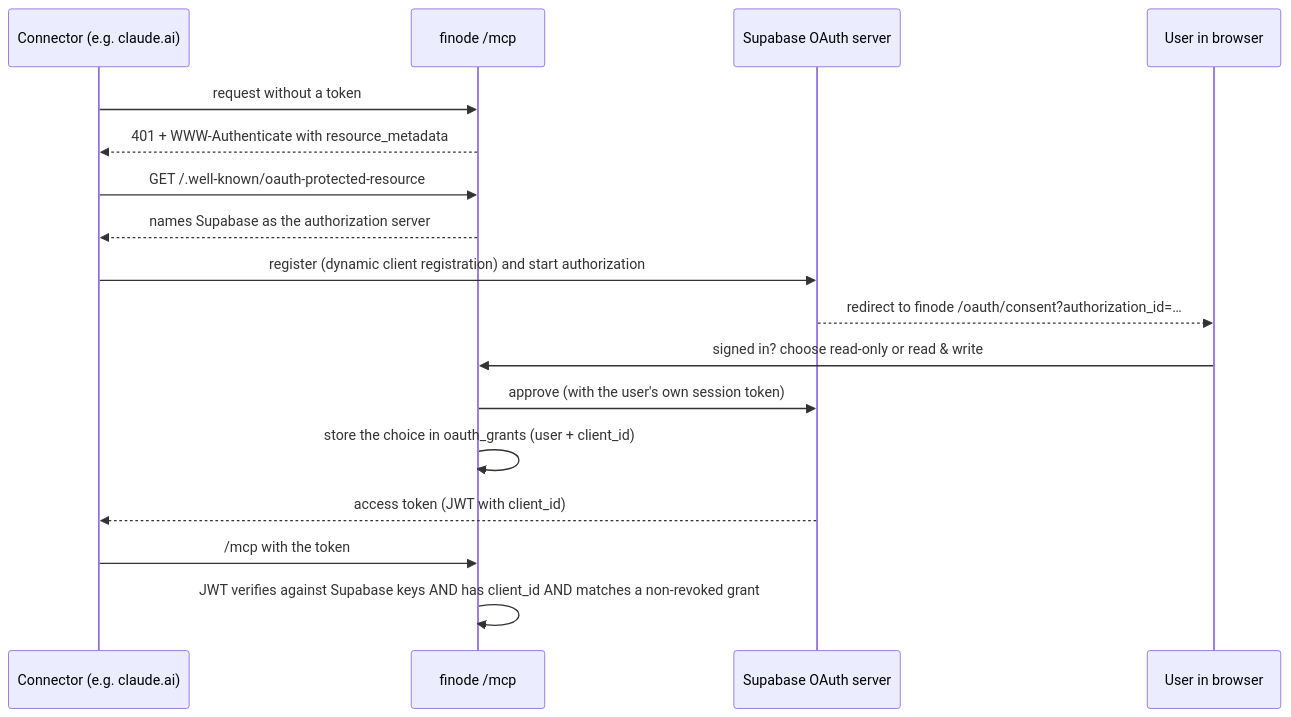
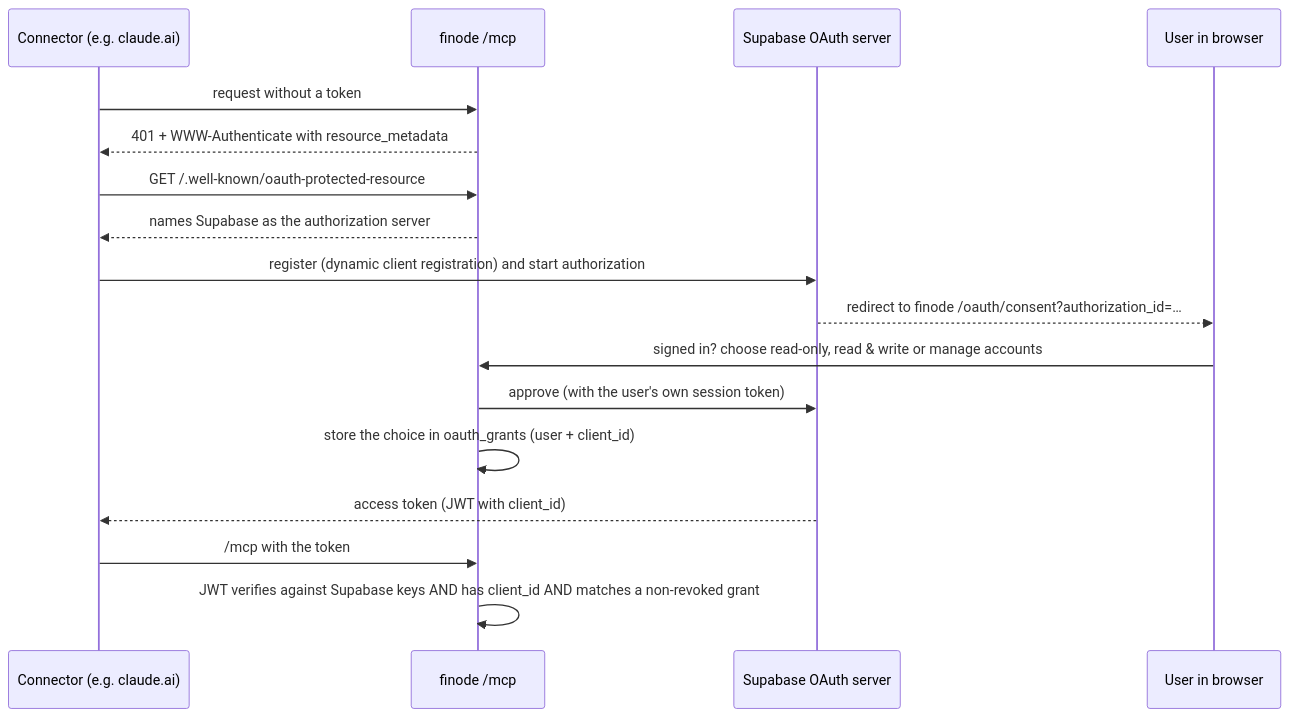
One commit to bijeshmohan/finode changed the second of 2 diagrams in docs/architecture/mcp-and-auth.md. Above: the diagram before and after it, drawn with Mermaid. The commit also changed other lines of this file and 22 other files, not shown here.

First line of the commit message:
A third access level: read, write and manage accounts

````diff
--- a/docs/architecture/mcp-and-auth.md
+++ b/docs/architecture/mcp-and-auth.md
@@ -73,19 +73,19 @@
 ```mermaid
 sequenceDiagram
     participant C as Connector (e.g. claude.ai)
     participant F as finode /mcp
     participant S as Supabase OAuth server
     participant U as User in browser
     C->>F: request without a token
     F-->>C: 401 + WWW-Authenticate with resource_metadata
     C->>F: GET /.well-known/oauth-protected-resource
     F-->>C: names Supabase as the authorization server
     C->>S: register (dynamic client registration) and start authorization
     S-->>U: redirect to finode /oauth/consent?authorization_id=…
-    U->>F: signed in? choose read-only or read & write
+    U->>F: signed in? choose read-only, read & write or manage accounts
     F->>S: approve (with the user's own session token)
     F->>F: store the choice in oauth_grants (user + client_id)
     S-->>C: access token (JWT with client_id)
     C->>F: /mcp with the token
     F->>F: JWT verifies against Supabase keys AND has client_id AND matches a non-revoked grant
 ```
````
